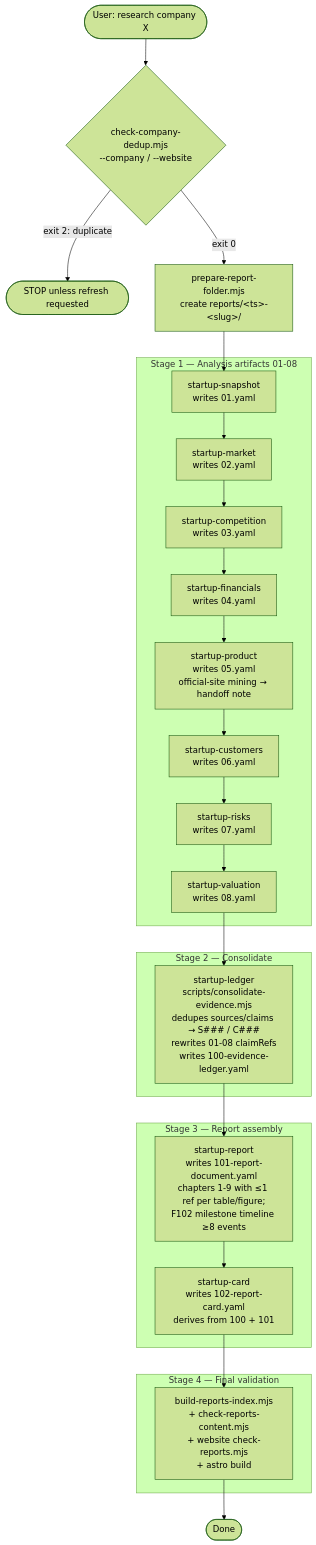
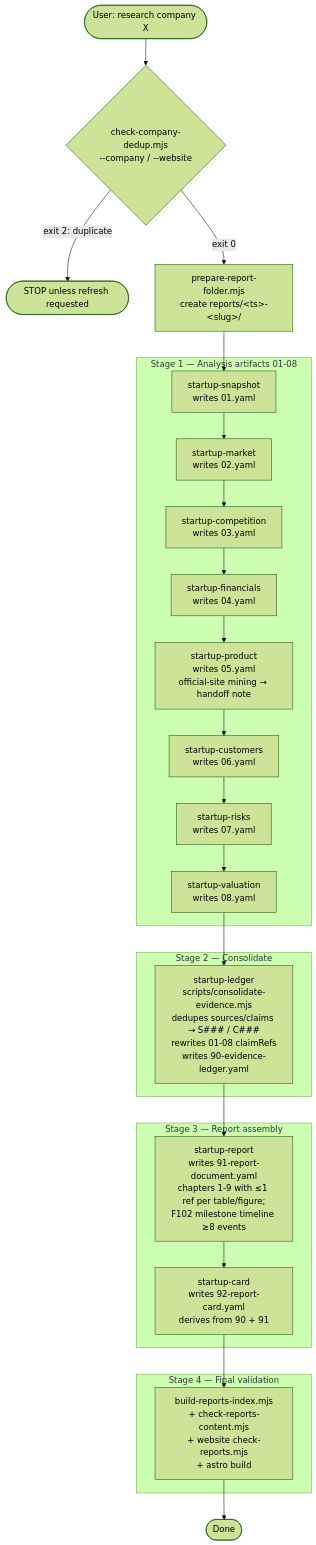
The first of 3 diagrams in README.md (huangyingting/startup), drawn with Mermaid (forest theme) before and after one commit. The commit also changed other lines of this file and 17 other files, not shown here.

First line of the commit message:
Refactor report schema and artifact filenames from "startup-diligence-report-v2" to "report-v2"

````diff
--- a/README.md
+++ b/README.md
@@ -17,41 +17,41 @@
 ```mermaid
 flowchart TD
   Start([User: research company X]) --> PreDedup{check-company-dedup.mjs<br/>--company / --website}
   PreDedup -- exit 2: duplicate --> Stop([STOP unless refresh requested])
   PreDedup -- exit 0 --> Setup[prepare-report-folder.mjs<br/>create reports/&lt;ts&gt;-&lt;slug&gt;/]
   Setup --> Snapshot
 
   subgraph Stage1[Stage 1 — Analysis artifacts 01-08]
     Snapshot[startup-snapshot<br/>writes 01.yaml]
     Snapshot --> Market
 
     Market[startup-market<br/>writes 02.yaml] --> Compete
     Compete[startup-competition<br/>writes 03.yaml] --> Fin
     Fin[startup-financials<br/>writes 04.yaml] --> Prod
     Prod[startup-product<br/>writes 05.yaml<br/>official-site mining → handoff note] --> Cust
     Cust[startup-customers<br/>writes 06.yaml] --> Risk
     Risk[startup-risks<br/>writes 07.yaml] --> Val
     Val[startup-valuation<br/>writes 08.yaml]
   end
 
   Val --> Ledger
 
   subgraph Stage2[Stage 2 — Consolidate]
-    Ledger[startup-ledger<br/>scripts/consolidate-evidence.mjs<br/>dedupes sources/claims → S### / C###<br/>rewrites 01-08 claimRefs<br/>writes 100-evidence-ledger.yaml]
+    Ledger[startup-ledger<br/>scripts/consolidate-evidence.mjs<br/>dedupes sources/claims → S### / C###<br/>rewrites 01-08 claimRefs<br/>writes 90-evidence-ledger.yaml]
   end
 
   Ledger --> Report
 
   subgraph Stage3[Stage 3 — Report assembly]
-    Report[startup-report<br/>writes 101-report-document.yaml<br/>chapters 1-9 with ≤1 ref per table/figure;<br/>F102 milestone timeline ≥8 events]
-    Report --> Card[startup-card<br/>writes 102-report-card.yaml<br/>derives from 100 + 101]
+    Report[startup-report<br/>writes 91-report-document.yaml<br/>chapters 1-9 with ≤1 ref per table/figure;<br/>F102 milestone timeline ≥8 events]
+    Report --> Card[startup-card<br/>writes 92-report-card.yaml<br/>derives from 90 + 91]
   end
 
   Card --> FinalVal
 
   subgraph Stage4[Stage 4 — Final validation]
     FinalVal[build-reports-index.mjs<br/>+ check-reports-content.mjs<br/>+ website check-reports.mjs<br/>+ astro build]
   end
 
   FinalVal --> End([Done])
 ```
````
